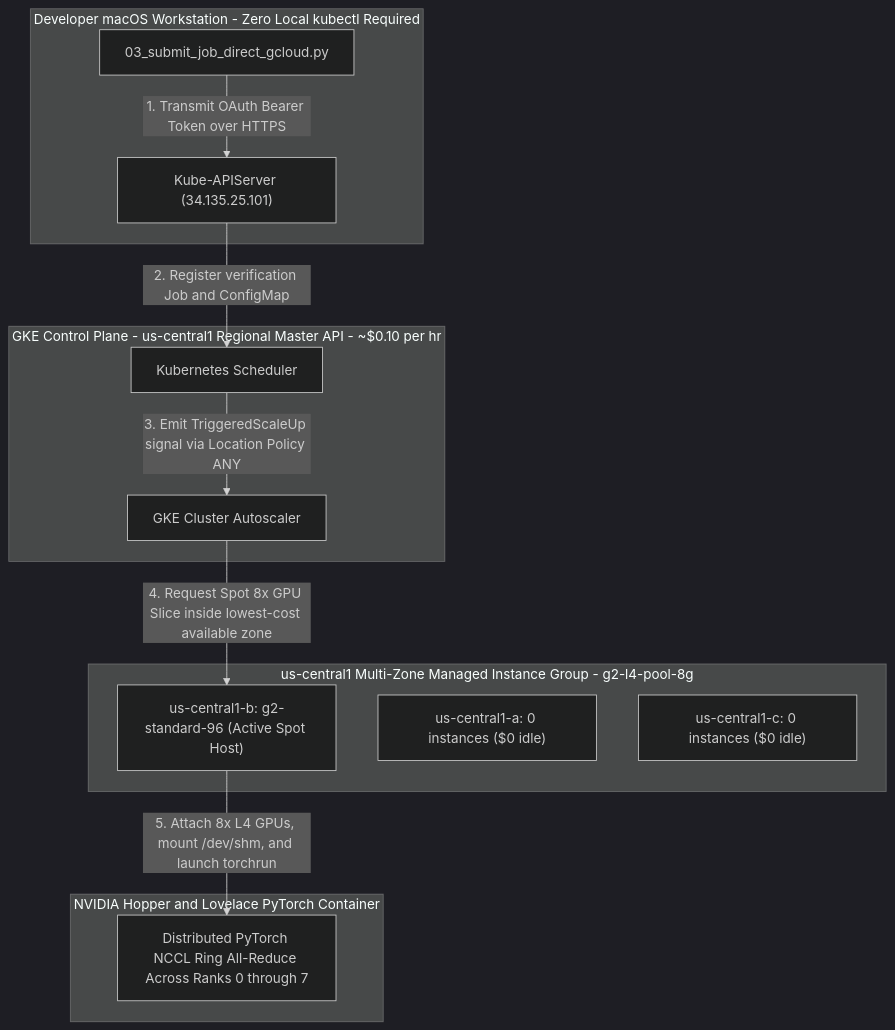
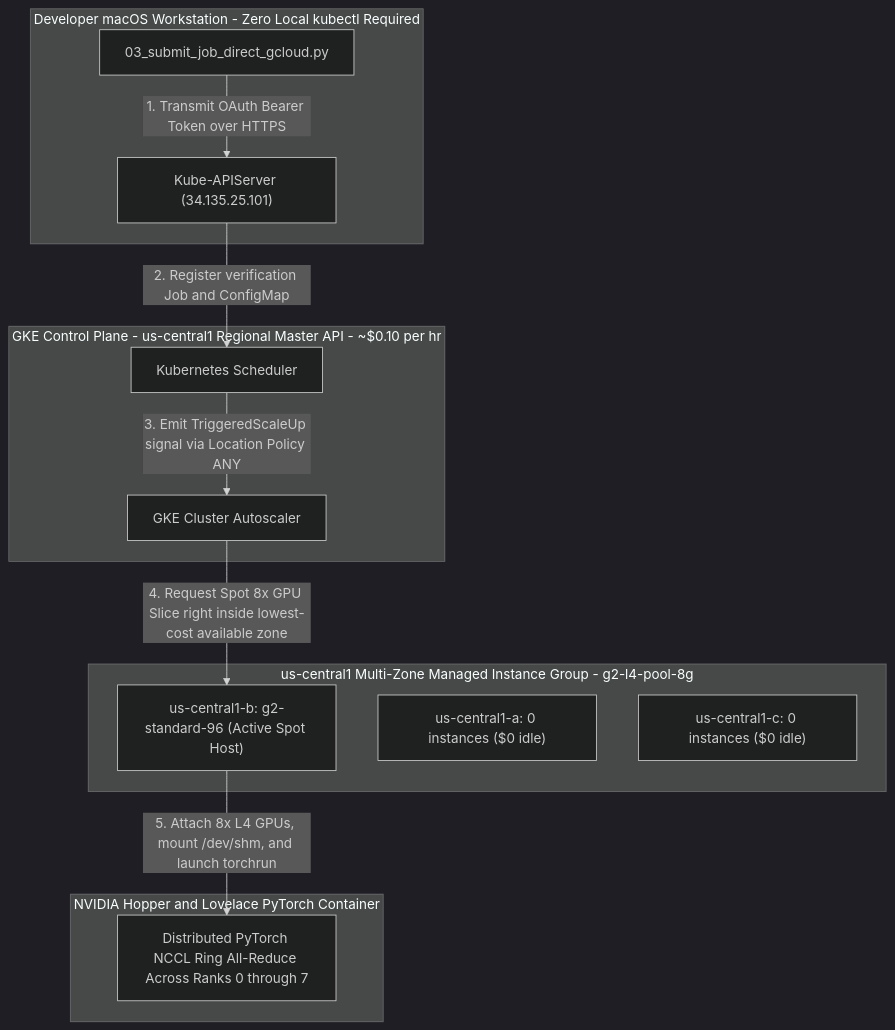
Before and after one commit to elideng-sg/hypercomputer-training-jobs: the diagram in GKE_GPU_WORKLOAD_REPLICATION_GUIDE.md, drawn with Mermaid (dark theme). The commit also changed other lines of this file, not shown here.

````diff
--- a/GKE_GPU_WORKLOAD_REPLICATION_GUIDE.md
+++ b/GKE_GPU_WORKLOAD_REPLICATION_GUIDE.md
@@ -68,21 +68,21 @@
 ```mermaid
 flowchart TB
     subgraph Client ["Developer macOS Workstation - Zero Local kubectl Required"]
         CLI["03_submit_job_direct_gcloud.py"] -->|1. Transmit OAuth Bearer Token over HTTPS| Master
     end
 
     subgraph ControlPlane ["GKE Control Plane - us-central1 Regional Master API - ~$0.10 per hr"]
         Master["Kube-APIServer (34.135.25.101)"] -->|2. Register verification Job and ConfigMap| Sched["Kubernetes Scheduler"]
         Sched -->|3. Emit TriggeredScaleUp signal via Location Policy ANY| Autoscaler["GKE Cluster Autoscaler"]
     end
 
     subgraph ComputePools ["us-central1 Multi-Zone Managed Instance Group - g2-l4-pool-8g"]
-        Autoscaler -->|4. Request Spot 8x GPU Slice inside lowest-cost available zone| ZoneB["us-central1-b: g2-standard-96 (Active Spot Host)"]
+        Autoscaler -->|4. Request Spot 8x GPU Slice right inside lowest-cost available zone| ZoneB["us-central1-b: g2-standard-96 (Active Spot Host)"]
         ZoneA["us-central1-a: 0 instances ($0 idle)"]
         ZoneC["us-central1-c: 0 instances ($0 idle)"]
     end
 
     subgraph Container ["NVIDIA Hopper and Lovelace PyTorch Container"]
         ZoneB -->|5. Attach 8x L4 GPUs, mount /dev/shm, and launch torchrun| JobExecution["Distributed PyTorch NCCL Ring All-Reduce Across Ranks 0 through 7"]
     end
 ```
````
